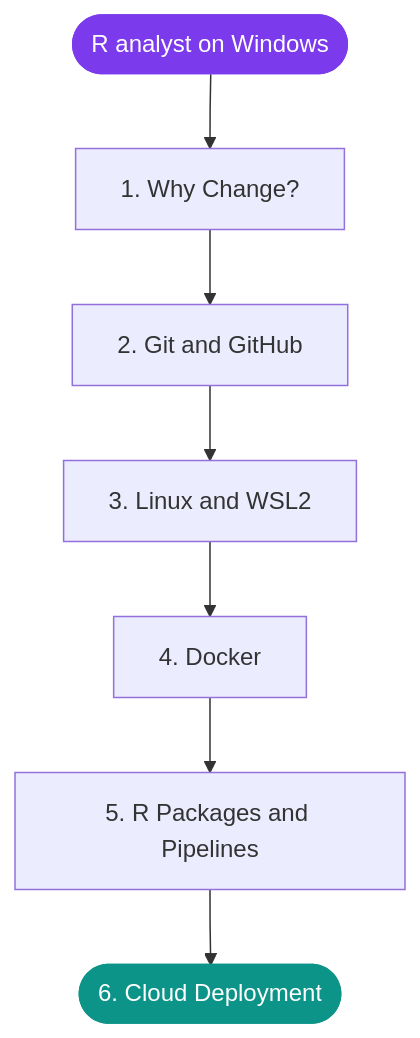
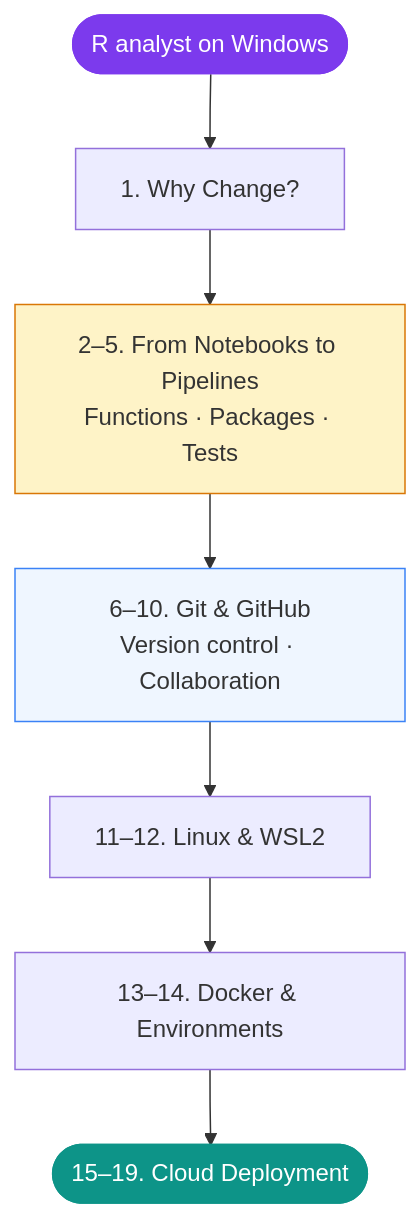
Before and after one commit to Ch3w3y/docker_gcp: the second of 2 diagrams in docs/index.md, drawn with Mermaid. The commit also changed other lines of this file and 1 other file, not shown here.

First line of the commit message:
docs: reorder guide to 19-step structure — Notebooks to Pipelines before Git

````diff
--- a/docs/index.md
+++ b/docs/index.md
@@ -59,15 +59,17 @@
 ```mermaid
 flowchart TD
     START(["R analyst on Windows"])
     A["1. Why Change?"]
-    B["2. Git and GitHub"]
-    C["3. Linux and WSL2"]
-    D["4. Docker"]
-    E["5. R Packages and Pipelines"]
-    F(["6. Cloud Deployment"])
+    B["2–5. From Notebooks to Pipelines<br/>Functions · Packages · Tests"]
+    C["6–10. Git & GitHub<br/>Version control · Collaboration"]
+    D["11–12. Linux & WSL2"]
+    E["13–14. Docker & Environments"]
+    F(["15–19. Cloud Deployment"])
 
     START --> A --> B --> C --> D --> E --> F
 
     style START fill:#7c3aed,color:#fff,stroke:#7c3aed
+    style B fill:#fef3c7,stroke:#d97706
+    style C fill:#eff6ff,stroke:#3b82f6
     style F fill:#0d9488,color:#fff,stroke:#0d9488
 ```
````
